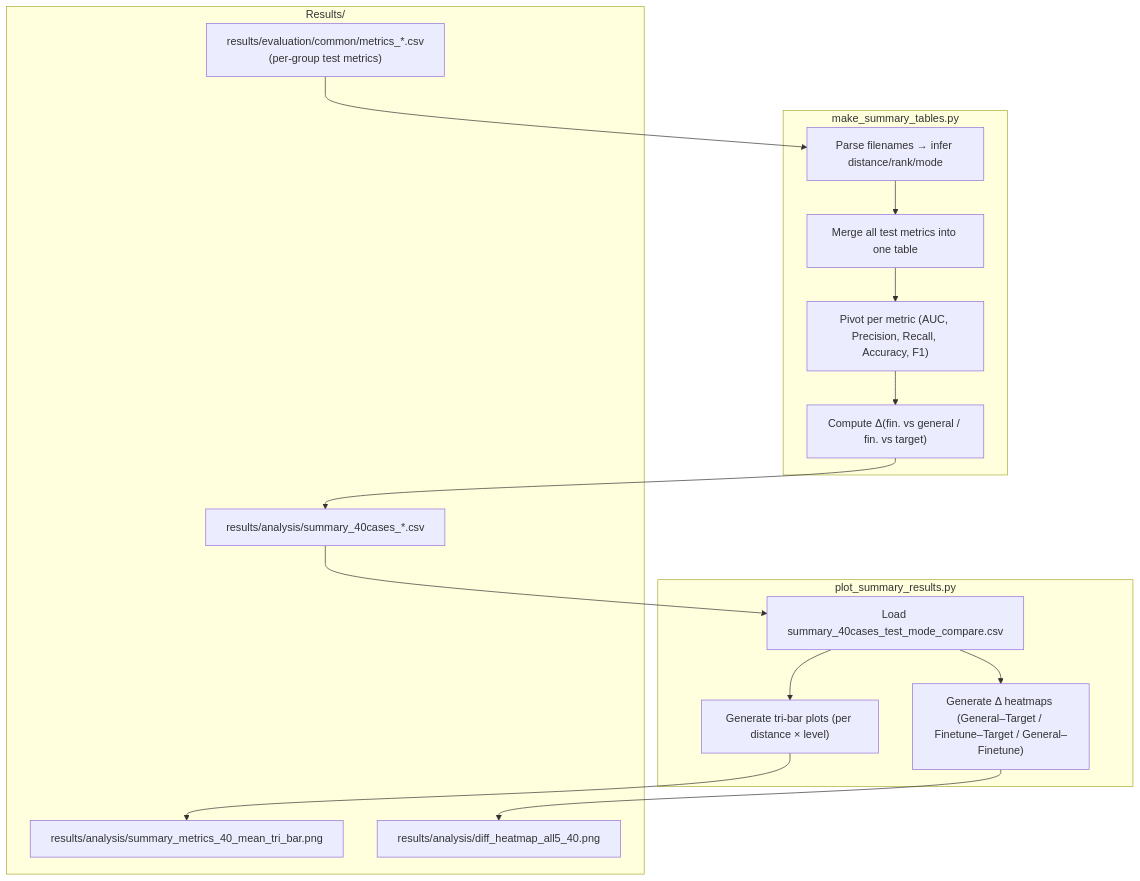
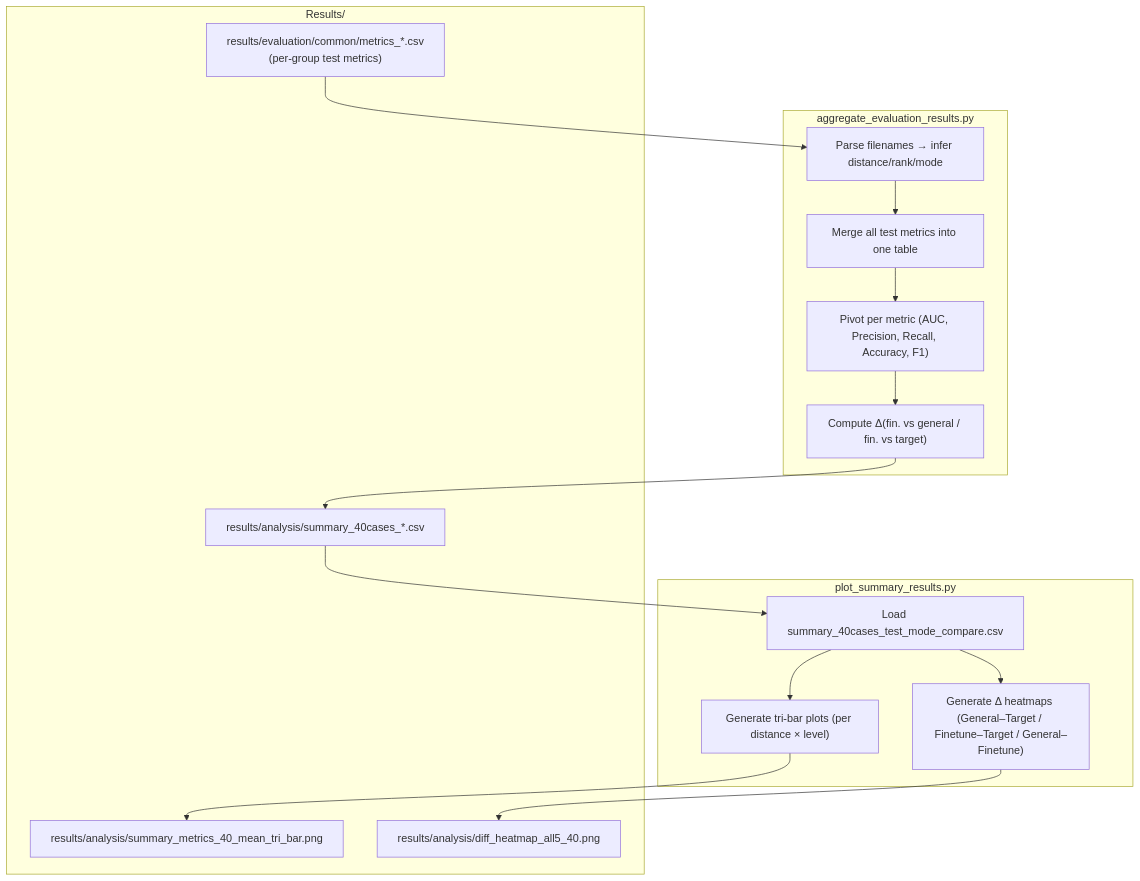
One commit to YutaroNakagama/vehicle_based_DDD_comparison changed the seventh of 7 diagrams in docs/source/guide/developer_guide.md. Above: the diagram before and after it, drawn with Mermaid. The commit also changed other lines of this file and 4 other files, not shown here.

`````diff
--- a/docs/source/guide/developer_guide.md
+++ b/docs/source/guide/developer_guide.md
@@ -457,30 +457,30 @@
 ```mermaid
 flowchart TB
 
-subgraph Step1["make_summary_tables.py"]
+subgraph Step1["aggregate_evaluation_results.py"]
   B1["Parse filenames → infer distance/rank/mode"]
   B2["Merge all test metrics into one table"]
   B3["Pivot per metric (AUC, Precision, Recall, Accuracy, F1)"]
   B4["Compute Δ(fin. vs general / fin. vs target)"]
 end
 
 subgraph Step2["plot_summary_results.py"]
   C1["Load summary_40cases_test_mode_compare.csv"]
   C2["Generate tri-bar plots (per distance × level)"]
   C3["Generate Δ heatmaps (General–Target / Finetune–Target / General–Finetune)"]
 end
 
 subgraph Output["Results/"]
   A1["results/evaluation/common/metrics_*.csv<br/>(per-group test metrics)"]
   D1["results/analysis/summary_40cases_*.csv"]
   D2["results/analysis/summary_metrics_40_mean_tri_bar.png"]
   D3["results/analysis/diff_heatmap_all5_40.png"]
 end
 
 A1 --> B1 --> B2 --> B3 --> B4
 D1 --> C1
 C1 --> C2 & C3
 B4 --> D1
 C2 --> D2
 C3 --> D3
 ````
`````
